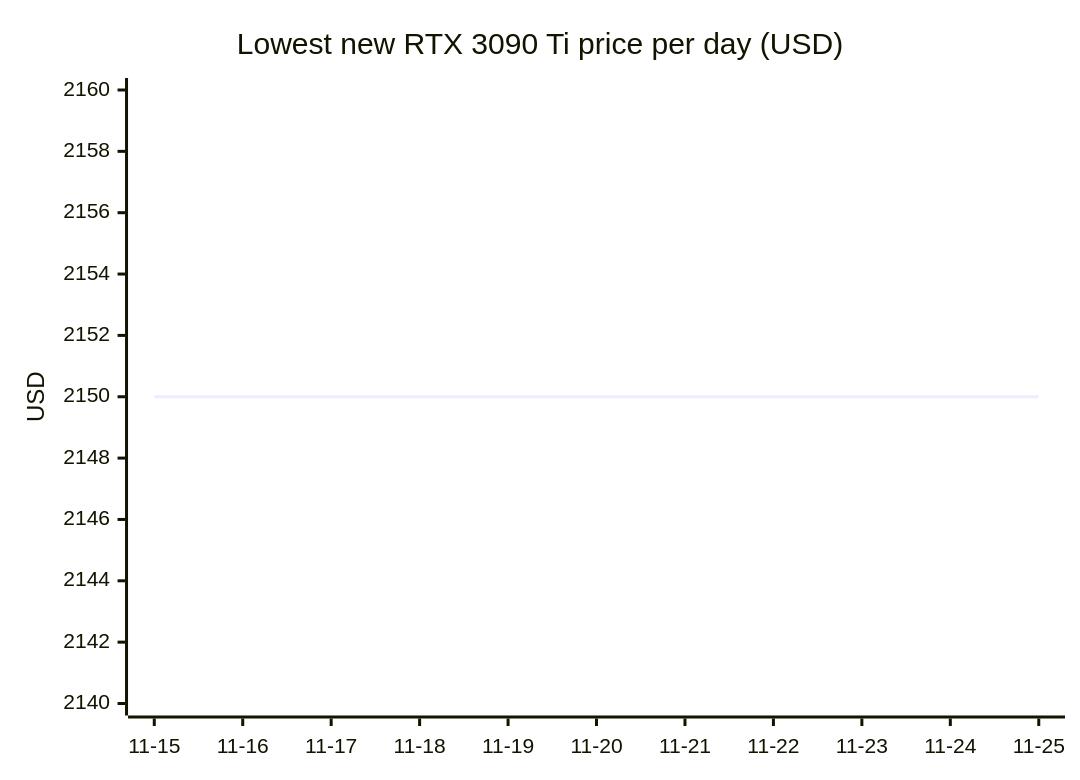
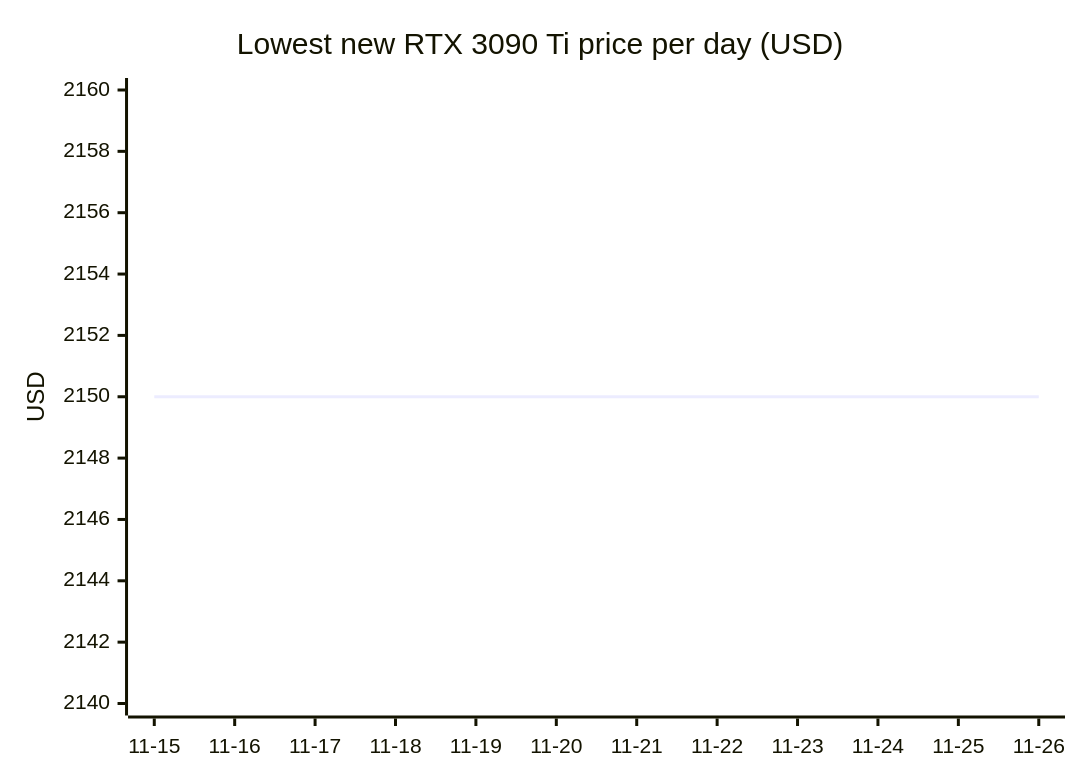
One commit to 7324136828/4tb_ssd_price_watch changed the eighth of 18 diagrams in README.md. Above: the diagram before and after it, drawn with Mermaid. The commit also changed other lines of this file, not shown here.

````diff
--- a/README.md
+++ b/README.md
@@ -967,7 +996,7 @@
 ```mermaid
 xychart-beta
     title "Lowest new RTX 3090 Ti price per day (USD)"
-    x-axis ["11-15", "11-16", "11-17", "11-18", "11-19", "11-20", "11-21", "11-22", "11-23", "11-24", "11-25"]
+    x-axis ["11-15", "11-16", "11-17", "11-18", "11-19", "11-20", "11-21", "11-22", "11-23", "11-24", "11-25", "11-26"]
     y-axis "USD" 2140 --> 2160
-    line [2150.00, 2150.00, 2150.00, 2150.00, 2150.00, 2150.00, 2150.00, 2150.00, 2150.00, 2150.00, 2150.00]
+    line [2150.00, 2150.00, 2150.00, 2150.00, 2150.00, 2150.00, 2150.00, 2150.00, 2150.00, 2150.00, 2150.00, 2150.00]
 ```
````
